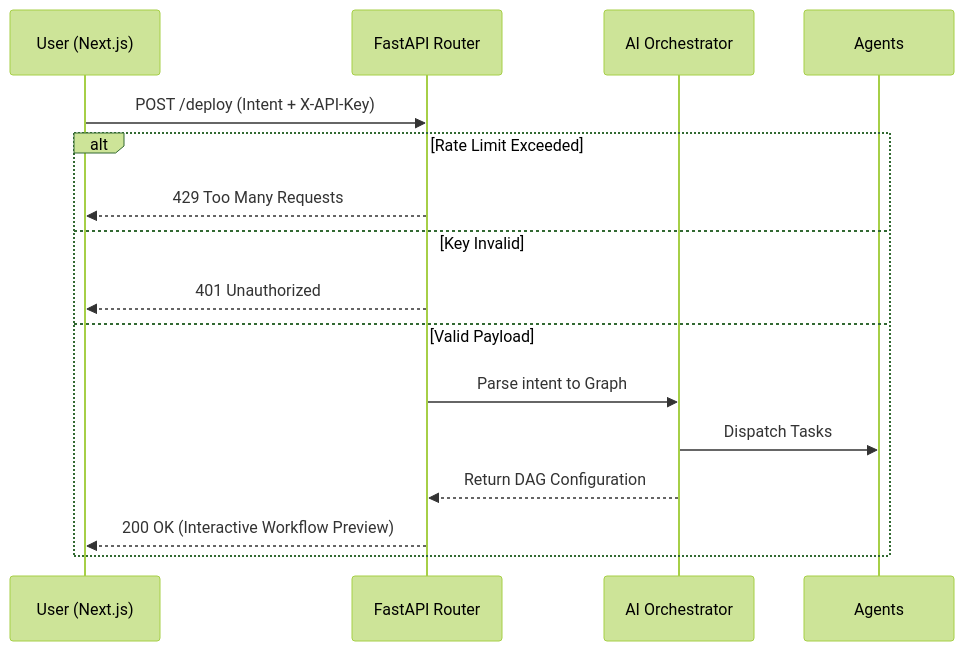
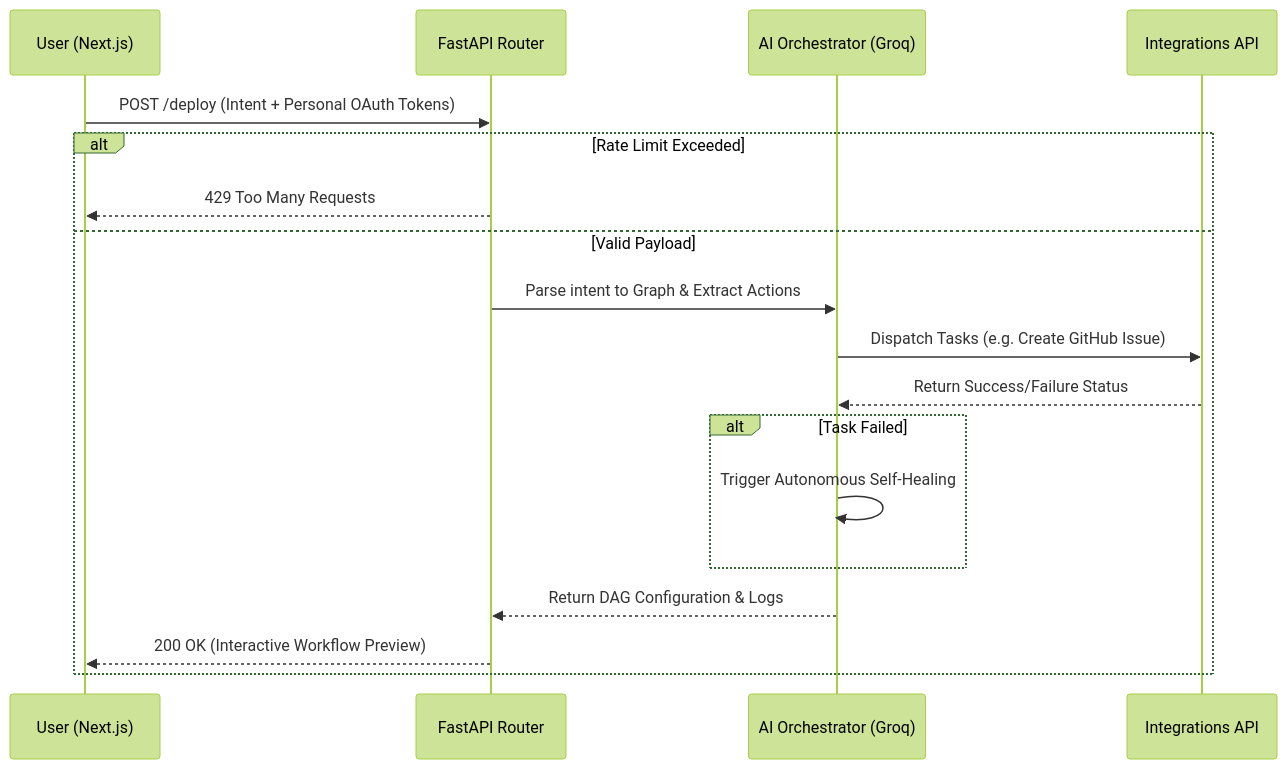
The diagram in README.md (Adi3595/AutoFlow), drawn with Mermaid (forest theme) before and after one commit. The commit also changed other lines of this file, not shown here.

Commit message:
docs: completely rewrite README.md to feature True OAuth, Groq integration, and Next.js 15 capabilities

````diff
--- a/README.md
+++ b/README.md
@@ -85,19 +99,21 @@
 ```mermaid
 sequenceDiagram
     participant U as User (Next.js)
     participant B as FastAPI Router
-    participant O as AI Orchestrator
-    participant A as Agents
+    participant O as AI Orchestrator (Groq)
+    participant A as Integrations API
 
-    U->>B: POST /deploy (Intent + X-API-Key)
+    U->>B: POST /deploy (Intent + Personal OAuth Tokens)
     alt Rate Limit Exceeded
         B-->>U: 429 Too Many Requests
-    else Key Invalid
-        B-->>U: 401 Unauthorized
     else Valid Payload
-        B->>O: Parse intent to Graph
-        O->>A: Dispatch Tasks
-        O-->>B: Return DAG Configuration
+        B->>O: Parse intent to Graph & Extract Actions
+        O->>A: Dispatch Tasks (e.g. Create GitHub Issue)
+        A-->>O: Return Success/Failure Status
+        alt Task Failed
+            O->>O: Trigger Autonomous Self-Healing
+        end
+        O-->>B: Return DAG Configuration & Logs
         B-->>U: 200 OK (Interactive Workflow Preview)
     end
 ```
````
